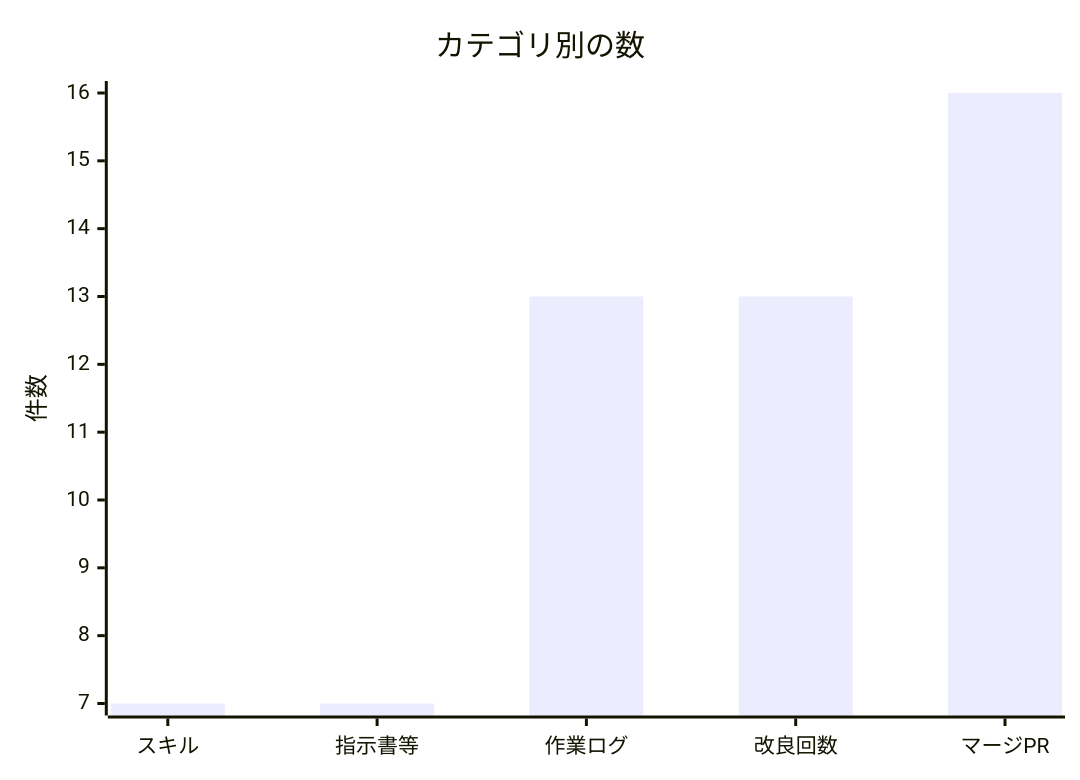
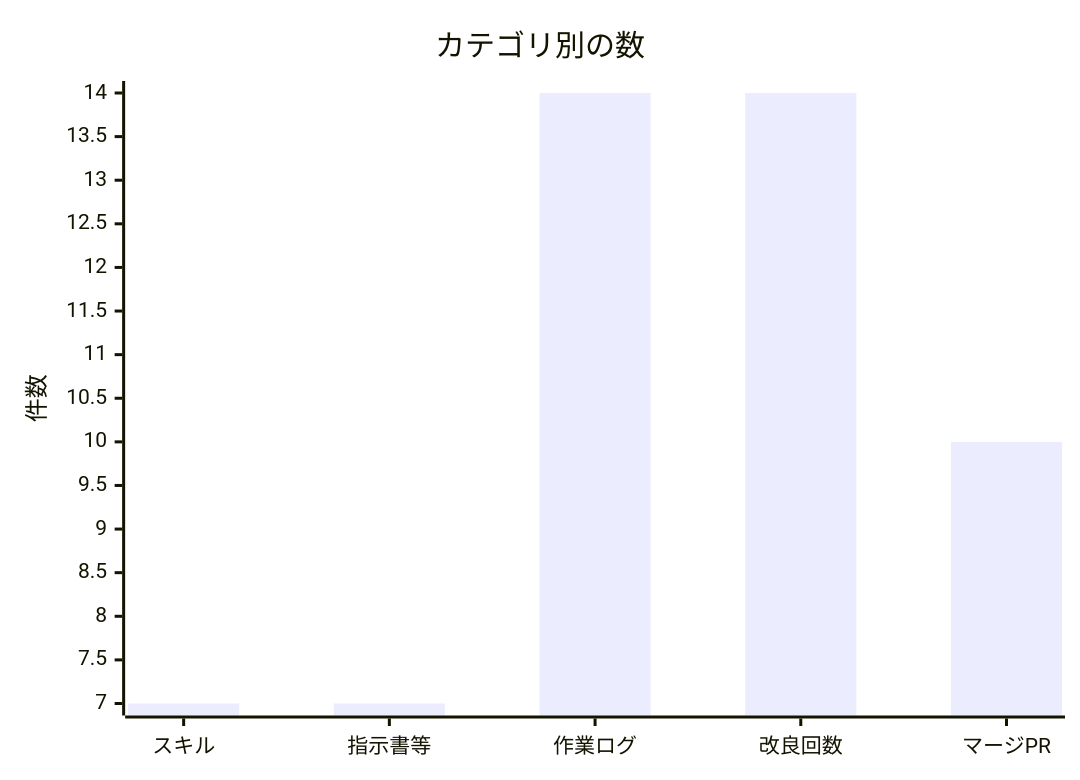
The second of 2 diagrams in docs/進化レポート.md (non-x2/non-x2), drawn with Mermaid before and after one commit. The commit also changed other lines of this file and 8 other files, not shown here.

````diff
--- a/docs/進化レポート.md
+++ b/docs/進化レポート.md
@@ -35,7 +35,7 @@
 ```mermaid
 xychart-beta
     title "カテゴリ別の数"
     x-axis ["スキル", "指示書等", "作業ログ", "改良回数", "マージPR"]
     y-axis "件数"
-    bar [7, 7, 13, 13, 16]
+    bar [7, 7, 14, 14, 10]
 ```
````
